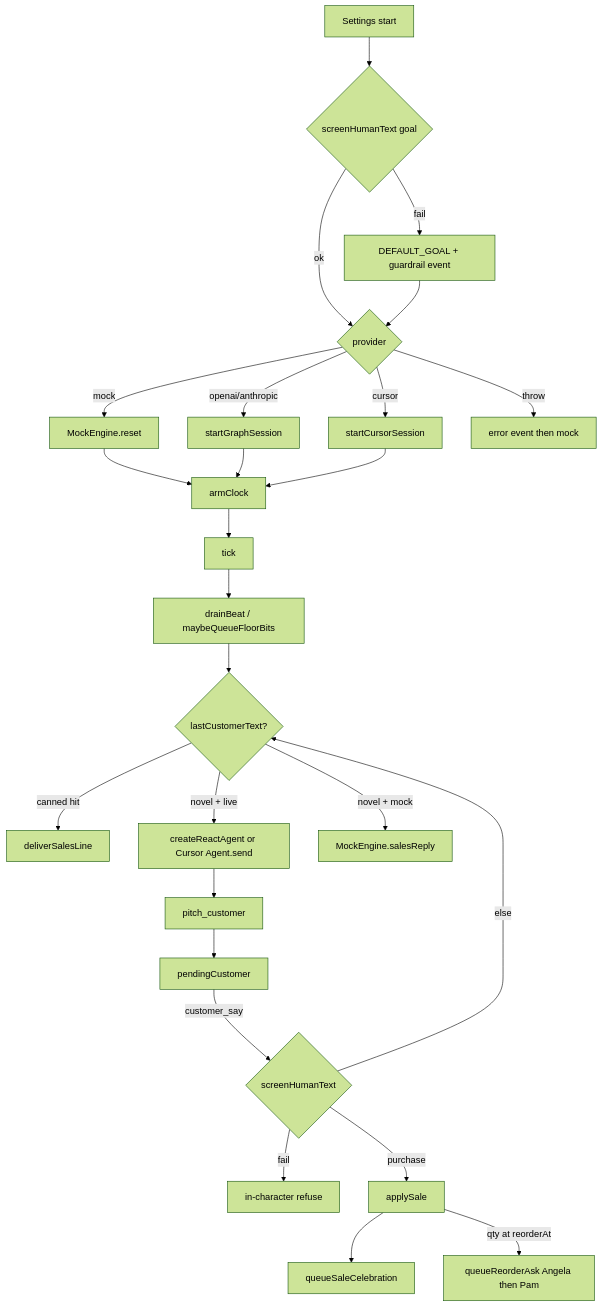
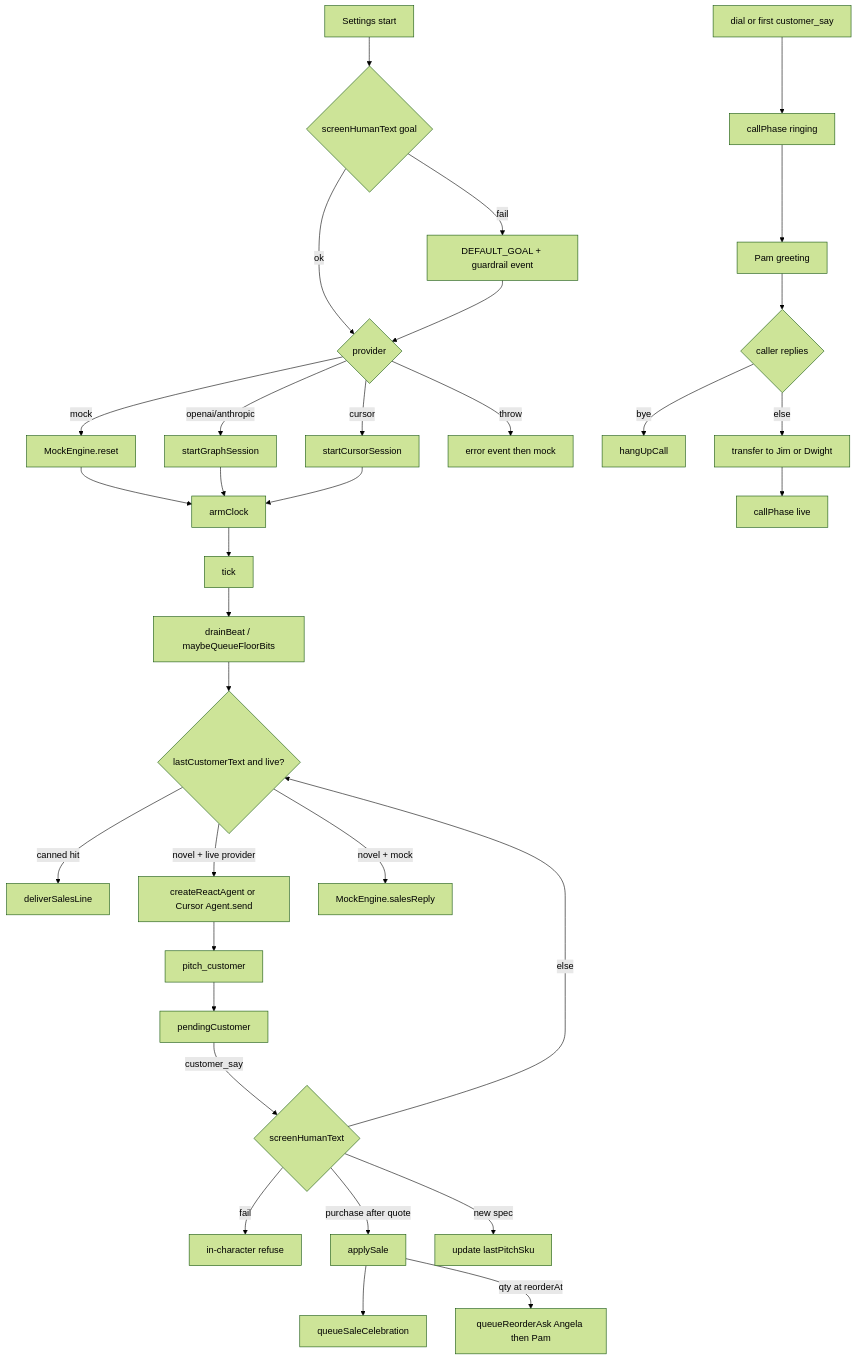
One commit to JuanCarniglia/TheAgenticOffice changed the diagram in docs/AGENTIC_SYSTEM_MAP.md. Above: the diagram before and after it, drawn with Mermaid (forest theme). The commit also changed other lines of this file and 6 other files, not shown here.

````diff
--- a/docs/AGENTIC_SYSTEM_MAP.md
+++ b/docs/AGENTIC_SYSTEM_MAP.md
@@ -101,28 +104,35 @@
 ```mermaid
 flowchart TD
   Start[Settings start] --> ScreenGoal{screenHumanText goal}
   ScreenGoal -->|fail| Default[DEFAULT_GOAL + guardrail event]
   ScreenGoal -->|ok| Provider{provider}
   Default --> Provider
   Provider -->|mock| Mock[MockEngine.reset]
   Provider -->|openai/anthropic| Graph[startGraphSession]
   Provider -->|cursor| Cursor[startCursorSession]
   Provider -->|throw| Fallback[error event then mock]
   Mock --> Clock[armClock]
   Graph --> Clock
   Cursor --> Clock
   Clock --> Tick[tick]
   Tick --> Beats[drainBeat / maybeQueueFloorBits]
-  Beats --> Sales{lastCustomerText?}
+  Dial[dial or first customer_say] --> Ring[callPhase ringing]
+  Ring --> PamPickup[Pam greeting]
+  PamPickup --> PamTalk{caller replies}
+  PamTalk -->|bye| Hangup[hangUpCall]
+  PamTalk -->|else| Xfer[transfer to Jim or Dwight]
+  Xfer --> Live[callPhase live]
+  Beats --> Sales{lastCustomerText and live?}
   Sales -->|canned hit| Chat[deliverSalesLine]
-  Sales -->|novel + live| LLM[createReactAgent or Cursor Agent.send]
+  Sales -->|novel + live provider| LLM[createReactAgent or Cursor Agent.send]
   Sales -->|novel + mock| Script[MockEngine.salesReply]
   LLM --> Pitch[pitch_customer]
   Pitch --> Wait[pendingCustomer]
   Wait -->|customer_say| Guard{screenHumanText}
   Guard -->|fail| Refuse[in-character refuse]
-  Guard -->|purchase| Sale[applySale]
+  Guard -->|purchase after quote| Sale[applySale]
+  Guard -->|new spec| Requote[update lastPitchSku]
   Guard -->|else| Sales
   Sale --> Celebrate[queueSaleCelebration]
   Sale -->|qty at reorderAt| Reorder[queueReorderAsk Angela then Pam]
 ```
````
